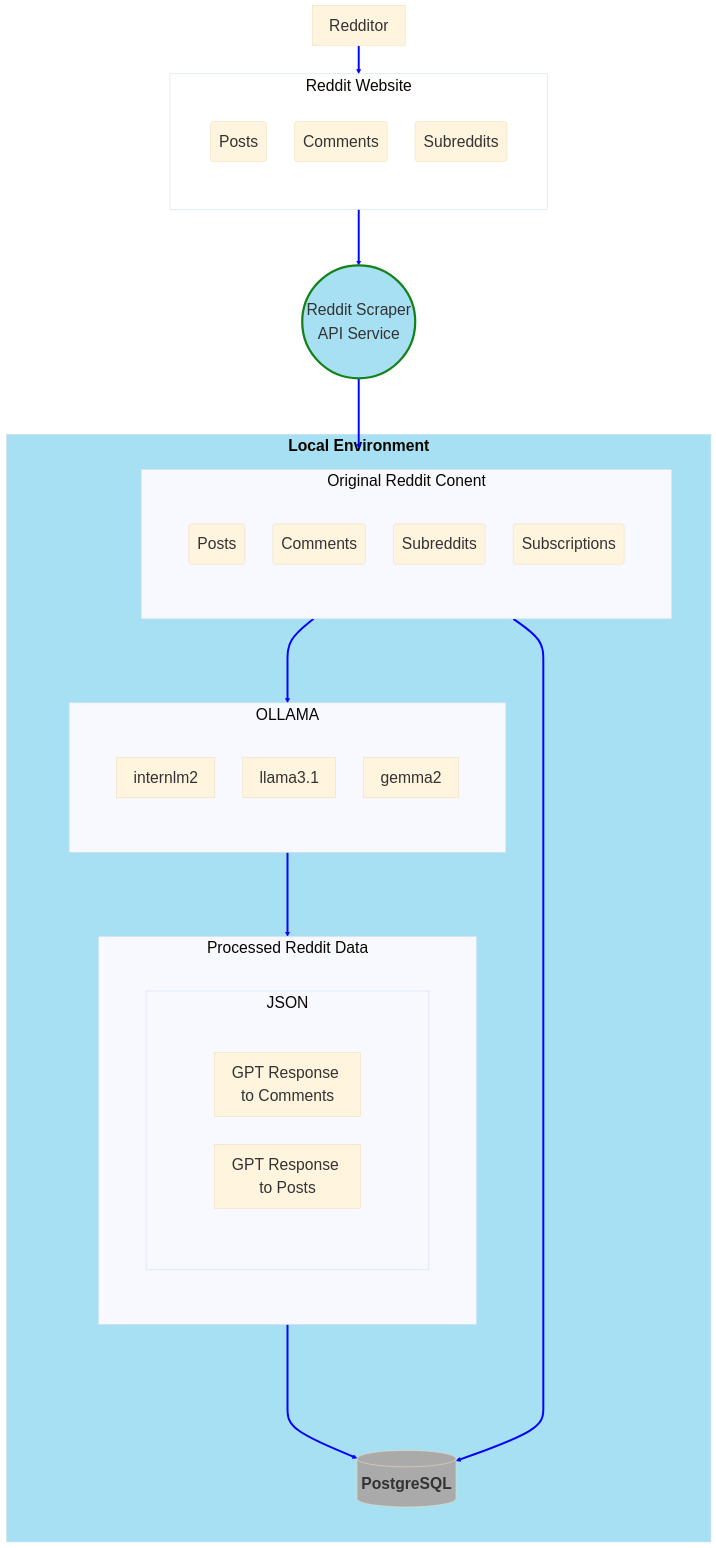
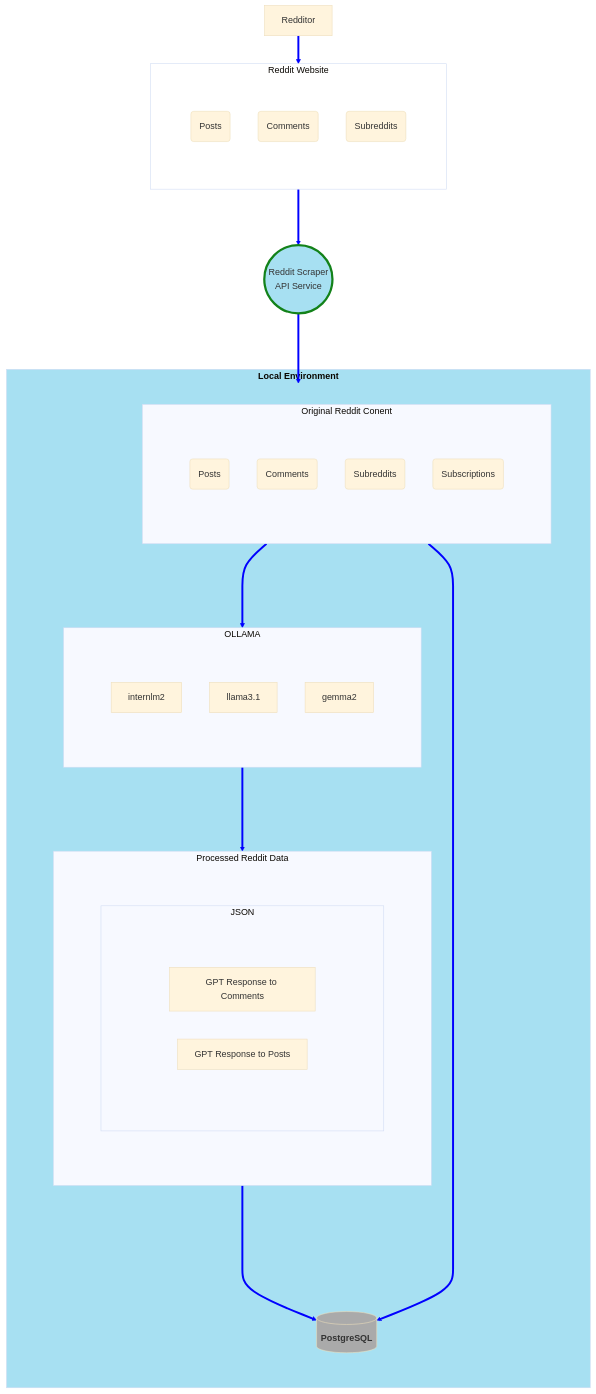
The first of 3 diagrams in README.md (ovaisq/LLM-RedditScraper), drawn with Mermaid before and after one commit.

Commit message:
fixed typo in the font size settings

````diff
--- a/README.md
+++ b/README.md
@@ -6,64 +6,64 @@
 ```mermaid
-%%{init: {'theme': 'base', "loglevel":1,'themeVariables': {'lineColor': 'Blue', 'fontSize':'28px',"fontFamily": "Trebuchet MS"}}}%%
+%%{init: {'theme': 'base', "loglevel":1,'themeVariables': {'lineColor': 'Blue', "fontFamily": "Trebuchet MS"}}}%%
 flowchart TD
     style Reddit fill:#fff
     style RR fill:#a7e0f2,stroke:#13821a,stroke-width:4px
     style LocalEnv fill:#a7e0f2
     style PSQL fill:#aaa
 
     classDef subgraph_padding fill:none,stroke:none
     Rr[Redditor]
     RR(("Reddit Scraper
     API Service"))
 
 
     Rr ==> Reddit ===> RR ===> ORD
     ORD ===> OLLAMA ===> PRD ====> PSQL
     ORD ==> PSQL
 
     subgraph Reddit["Reddit Website"]
         subgraph blank2[ ]
             RP(Posts)
             RC(Comments)
             RA(Subreddits)
         end
     end
 
     subgraph LocalEnv["`**Local Environment**`"]
         subgraph blank[ ]
             direction TB
             PSQL[("`**PostgreSQL**`")]
             subgraph ORD["Original Reddit Conent"]
                 subgraph blank3[ ]
                     ORP(Posts)
                     ORC(Comments)
                     ORA(Subreddits)
                     ORB(Subscriptions)
                 end
             end
             subgraph OLLAMA
                 subgraph blank4[ ]
                     LLM1[internlm2]
                     LLM2[llama3.1]
                     LLM3[gemma2]
                 end
             end
             subgraph PRD["Processed Reddit Data"]
                 subgraph blank5[ ]
                     subgraph JSON
                         subgraph blank6[ ]
                             JAC["GPT Response to Comments"]
                             JAP["GPT Response to Posts"]
                         end
                     end
                 end
             end
         end
     end
     class blank subgraph_padding
     class blank2 subgraph_padding
     class blank3 subgraph_padding
     class blank4 subgraph_padding
     class blank5 subgraph_padding
     class blank6 subgraph_padding
 ```
````
